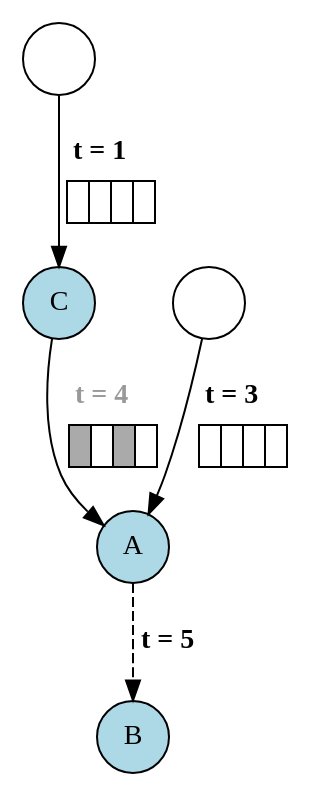
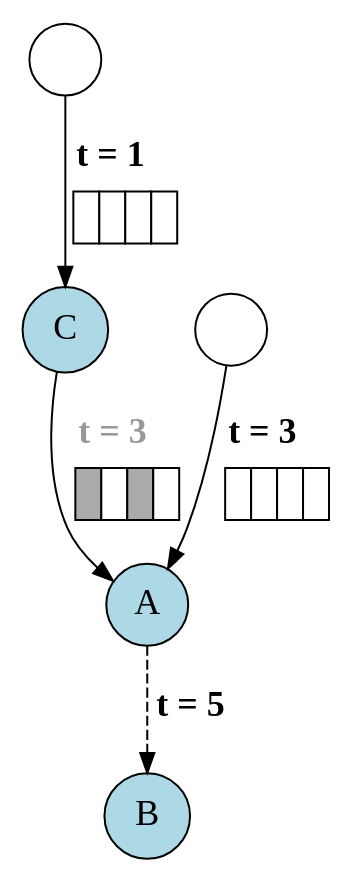
One commit to ds-jrg/TGNNSHAP changed the diagram in Documents/Graphs/Partly_Masked_Example.dot. Above: the diagram before and after it, drawn with Graphviz. The commit also changed 16 other files, not shown here.

```diff
--- a/Documents/Graphs/Partly_Masked_Example.dot
+++ b/Documents/Graphs/Partly_Masked_Example.dot
@@ -1,92 +1,93 @@
 digraph G {
     // A -> B [
     //     label=<
     //     <TABLE BORDER="0" CELLBORDER="1" CELLSPACING="0">
     //         <TR>
     //             <TD BGCOLOR="#eeeeee">0.1</TD>
     //             <TD BGCOLOR="#999999">0.8</TD>
     //             <TD BGCOLOR="#cccccc">0.4</TD>
     //             <TD BGCOLOR="#555555">0.9</TD>
     //         </TR>
     //     </TABLE>
     //     >
     // ];
     margin=0
-    node[label="", shape=circle]
+    node[label="", shape=circle, fontsize=18]
+    edge[fontsize=18]
 
     A [fillcolor=lightblue, style=filled, label="A"];
     B [fillcolor=lightblue, style=filled, label="B"];
     C [fillcolor=lightblue, style=filled, label="C"];
 
     A1 [label = ""];
     A21 [label = ""];
 
     A -> B [label=<
         <TABLE BORDER="0" CELLBORDER="0" CELLSPACING="2">
             <TR>
                 <TD><B>t = 5</B></TD>
             </TR>
         </TABLE>
         >, style=dashed]
     A1 -> A [label=<
         <TABLE BORDER="0" CELLBORDER="0" CELLSPACING="2">
             <TR>
                 <TD><B>t = 3</B></TD>
             </TR>
             <TR>
                 <TD>
                     <TABLE BORDER="0" CELLBORDER="1" CELLSPACING="0">
                         <TR>
                             <TD BGCOLOR="#ffffff"> </TD>
                             <TD BGCOLOR="#ffffff"> </TD>
                             <TD BGCOLOR="#ffffff"> </TD>
                             <TD BGCOLOR="#ffffff"> </TD>
                         </TR>
                     </TABLE>
                 </TD>
             </TR>
 
         </TABLE>
         >]
     C -> A [label=<
         <TABLE BORDER="0" CELLBORDER="0" CELLSPACING="2">
             <TR>
-                <TD><FONT COLOR="#999999"><B>t = 4</B></FONT></TD>
+                <TD><FONT COLOR="#999999"><B>t = 3</B></FONT></TD>
             </TR>
             <TR>
                 <TD>
                     <TABLE BORDER="0" CELLBORDER="1" CELLSPACING="0">
                         <TR>
                             <TD BGCOLOR="#aaaaaa"> </TD>
                             <TD BGCOLOR="#ffffff"> </TD>
                             <TD BGCOLOR="#aaaaaa"> </TD>
                             <TD BGCOLOR="#ffffff"> </TD>
                         </TR>
                     </TABLE>
                 </TD>
             </TR>
 
         </TABLE>
         >]
 
     A21 -> C [label=<
         <TABLE BORDER="0" CELLBORDER="0" CELLSPACING="2">
             <TR>
                 <TD><B>t = 1</B></TD>
             </TR>
             <TR>
                 <TD>
                     <TABLE BORDER="0" CELLBORDER="1" CELLSPACING="0">
                         <TR>
                             <TD BGCOLOR="#ffffff"> </TD>
                             <TD BGCOLOR="#ffffff"> </TD>
                             <TD BGCOLOR="#ffffff"> </TD>
                             <TD BGCOLOR="#ffffff"> </TD>
                         </TR>
                     </TABLE>
                 </TD>
             </TR>
 
         </TABLE>
         >]
 }
```
